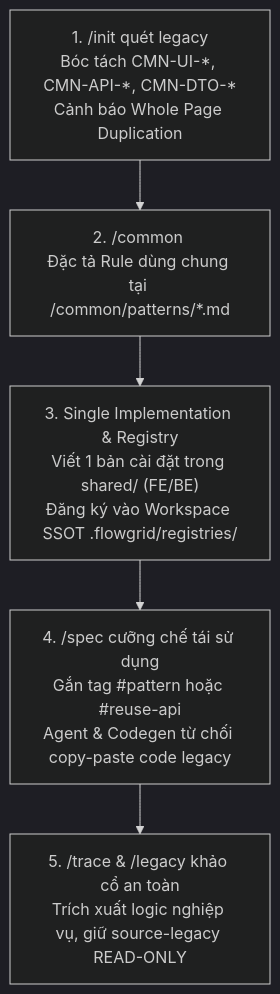
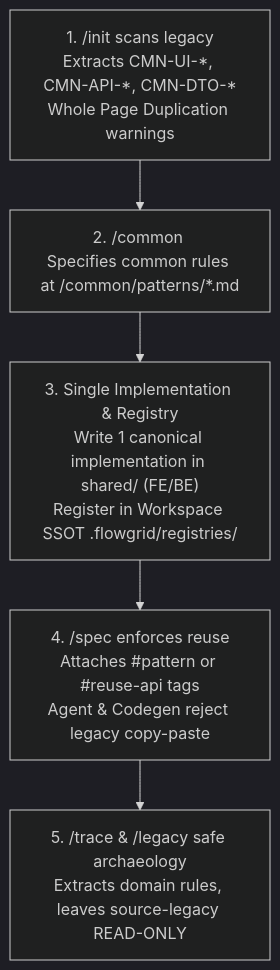
One commit to ShanYuCoder/flowgrid-docs changed the second of 3 diagrams in workflows/phase-0-setup.md. Above: the diagram before and after it, drawn with Mermaid (dark theme). The commit also changed other lines of this file and 348 other files, not shown here.

````diff
--- a/workflows/phase-0-setup.md
+++ b/workflows/phase-0-setup.md
@@ -116,7 +116,7 @@
 ```mermaid
 flowchart TD
-  INIT["1. /init quét legacy<br/>Bóc tách CMN-UI-*, CMN-API-*, CMN-DTO-*<br/>Cảnh báo Whole Page Duplication"] --> COMMON["2. /common <CMN-ID><br/>Đặc tả Rule dùng chung tại <LCA>/common/patterns/*.md"]
-  COMMON --> IMPL["3. Single Implementation & Registry<br/>Viết 1 bản cài đặt trong shared/ (FE/BE)<br/>Đăng ký vào Workspace SSOT .flowgrid/registries/"]
-  IMPL --> SPEC["4. /spec cưỡng chế tái sử dụng<br/>Gắn tag #pattern hoặc #reuse-api<br/>Agent & Codegen từ chối copy-paste code legacy"]
-  SPEC --> SAFETRACE["5. /trace & /legacy khảo cổ an toàn<br/>Trích xuất logic nghiệp vụ, giữ source-legacy READ-ONLY"]
+  INIT["1. /init scans legacy<br/>Extracts CMN-UI-*, CMN-API-*, CMN-DTO-*<br/>Whole Page Duplication warnings"] --> COMMON["2. /common <CMN-ID><br/>Specifies common rules at <LCA>/common/patterns/*.md"]
+  COMMON --> IMPL["3. Single Implementation & Registry<br/>Write 1 canonical implementation in shared/ (FE/BE)<br/>Register in Workspace SSOT .flowgrid/registries/"]
+  IMPL --> SPEC["4. /spec enforces reuse<br/>Attaches #pattern or #reuse-api tags<br/>Agent & Codegen reject legacy copy-paste"]
+  SPEC --> SAFETRACE["5. /trace & /legacy safe archaeology<br/>Extracts domain rules, leaves source-legacy READ-ONLY"]
 ```
````
